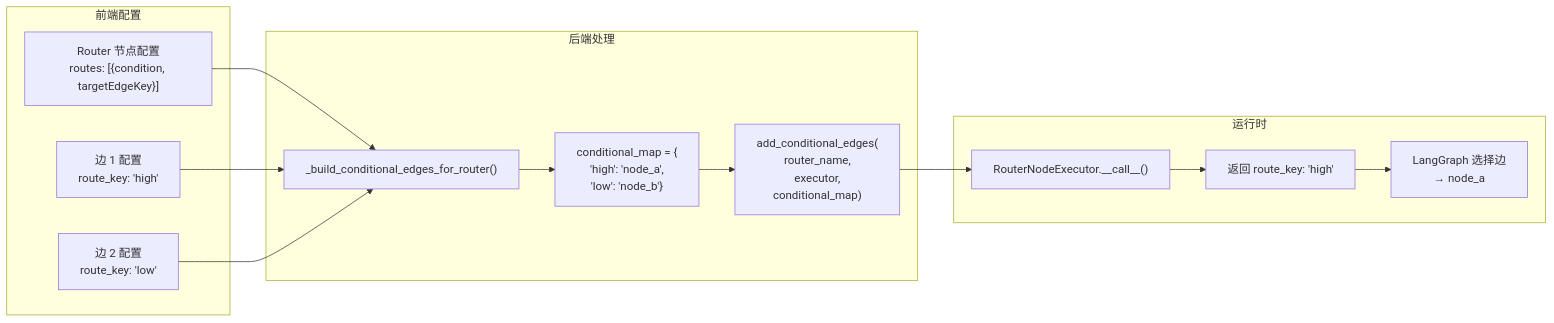
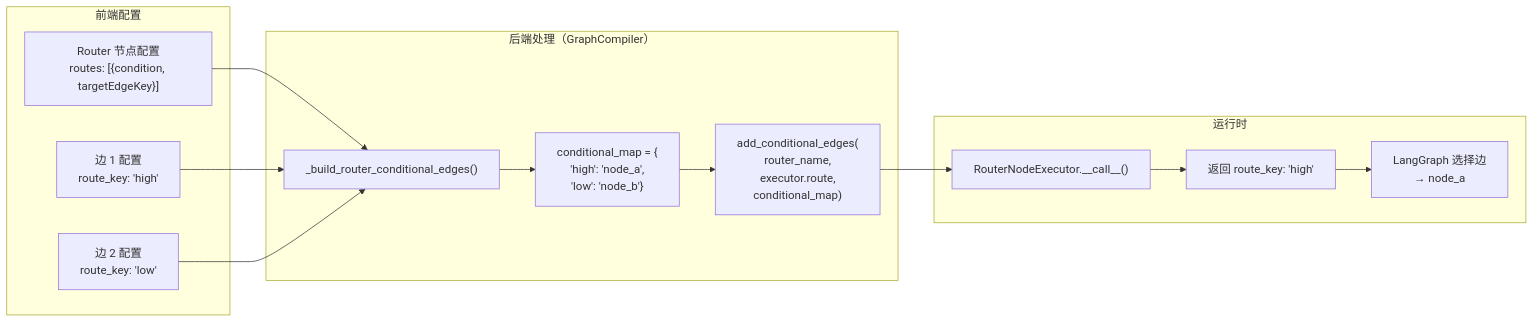
Before and after one commit to jd-opensource/JoySafeter: the seventh of 10 diagrams in docs/GRAPH_BUILDER_ARCHITECTURE.md, drawn with Mermaid. The commit also changed other lines of this file and 7 other files, not shown here.

````diff
--- a/docs/GRAPH_BUILDER_ARCHITECTURE.md
+++ b/docs/GRAPH_BUILDER_ARCHITECTURE.md
@@ -685,29 +679,29 @@
 ```mermaid
 flowchart LR
     subgraph Frontend["前端配置"]
         R1["Router 节点配置<br/>routes: [{condition, targetEdgeKey}]"]
         E1["边 1 配置<br/>route_key: 'high'"]
         E2["边 2 配置<br/>route_key: 'low'"]
     end
 
-    subgraph Backend["后端处理"]
-        B1["_build_conditional_edges_for_router()"]
+    subgraph Backend["后端处理（GraphCompiler）"]
+        B1["_build_router_conditional_edges()"]
         B2["conditional_map = {<br/>'high': 'node_a',<br/>'low': 'node_b'}"]
-        B3["add_conditional_edges(<br/>router_name,<br/>executor,<br/>conditional_map)"]
+        B3["add_conditional_edges(<br/>router_name,<br/>executor.route,<br/>conditional_map)"]
     end
 
     subgraph Runtime["运行时"]
         R2["RouterNodeExecutor.__call__()"]
         R3["返回 route_key: 'high'"]
         R4["LangGraph 选择边<br/>→ node_a"]
     end
 
     R1 --> B1
     E1 --> B1
     E2 --> B1
     B1 --> B2
     B2 --> B3
     B3 --> R2
     R2 --> R3
     R3 --> R4
 ```
````
